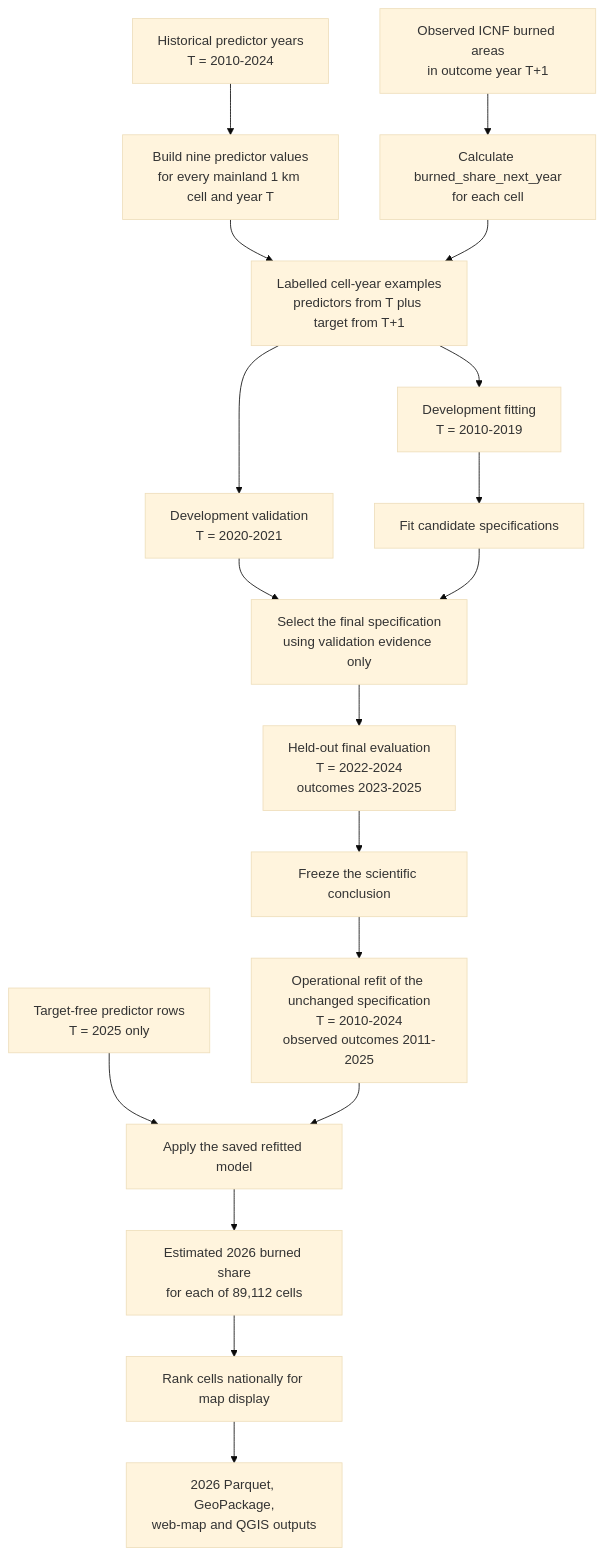
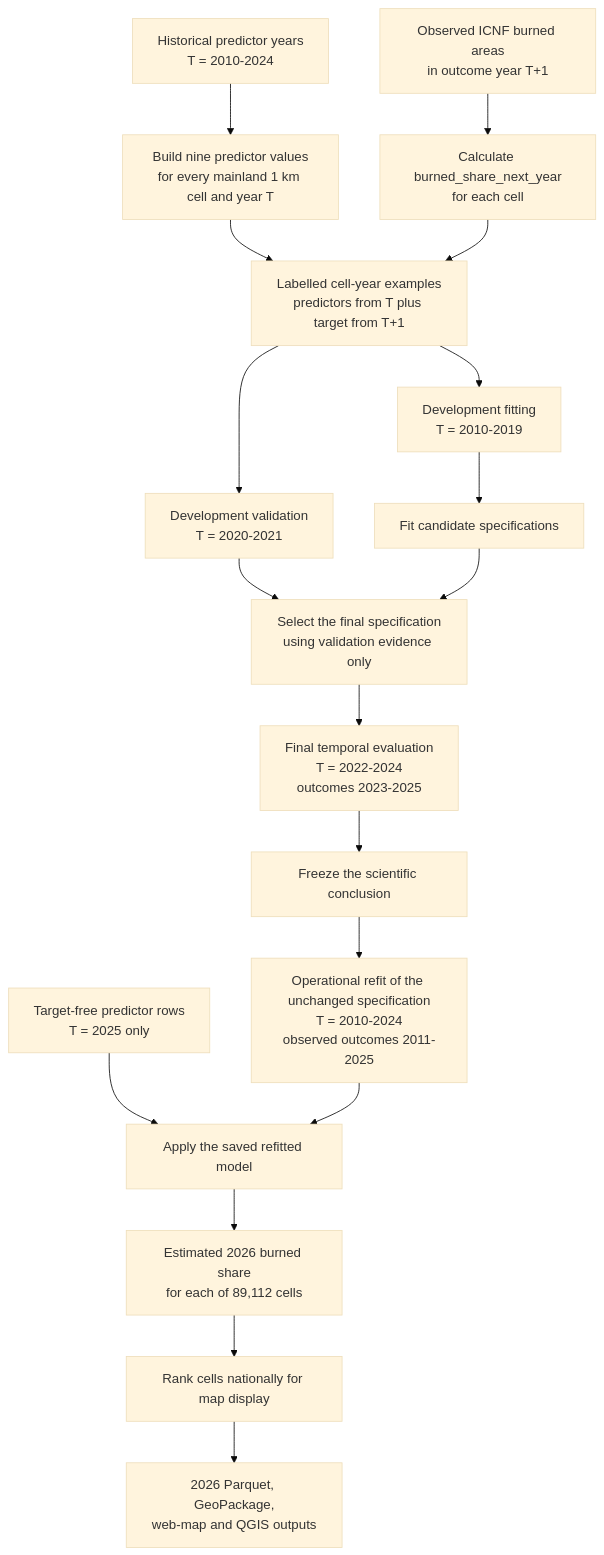
One commit to serhii-diadechko-git/wildfire_property_screening_portugal changed the diagram in docs/model_learning_and_2026_estimate.md. Above: the diagram before and after it, drawn with Mermaid (base theme). The commit also changed other lines of this file and 5 other files, not shown here.

````diff
--- a/docs/model_learning_and_2026_estimate.md
+++ b/docs/model_learning_and_2026_estimate.md
@@ -12,24 +12,24 @@
 ```mermaid
 flowchart TD
     A["Historical predictor years<br/>T = 2010-2024"] --> B["Build nine predictor values<br/>for every mainland 1 km cell and year T"]
     C["Observed ICNF burned areas<br/>in outcome year T+1"] --> D["Calculate burned_share_next_year<br/>for each cell"]
     B --> E["Labelled cell-year examples<br/>predictors from T plus target from T+1"]
     D --> E
 
     E --> F["Development fitting<br/>T = 2010-2019"]
     E --> G["Development validation<br/>T = 2020-2021"]
     F --> H["Fit candidate specifications"]
     G --> I["Select the final specification<br/>using validation evidence only"]
     H --> I
 
-    I --> J["Held-out final evaluation<br/>T = 2022-2024<br/>outcomes 2023-2025"]
+    I --> J["Final temporal evaluation<br/>T = 2022-2024<br/>outcomes 2023-2025"]
     J --> K["Freeze the scientific conclusion"]
 
     K --> L["Operational refit of the unchanged specification<br/>T = 2010-2024<br/>observed outcomes 2011-2025"]
     M["Target-free predictor rows<br/>T = 2025 only"] --> N["Apply the saved refitted model"]
     L --> N
 
     N --> O["Estimated 2026 burned share<br/>for each of 89,112 cells"]
     O --> P["Rank cells nationally for map display"]
     P --> Q["2026 Parquet, GeoPackage,<br/>web-map and QGIS outputs"]
 ```
````
